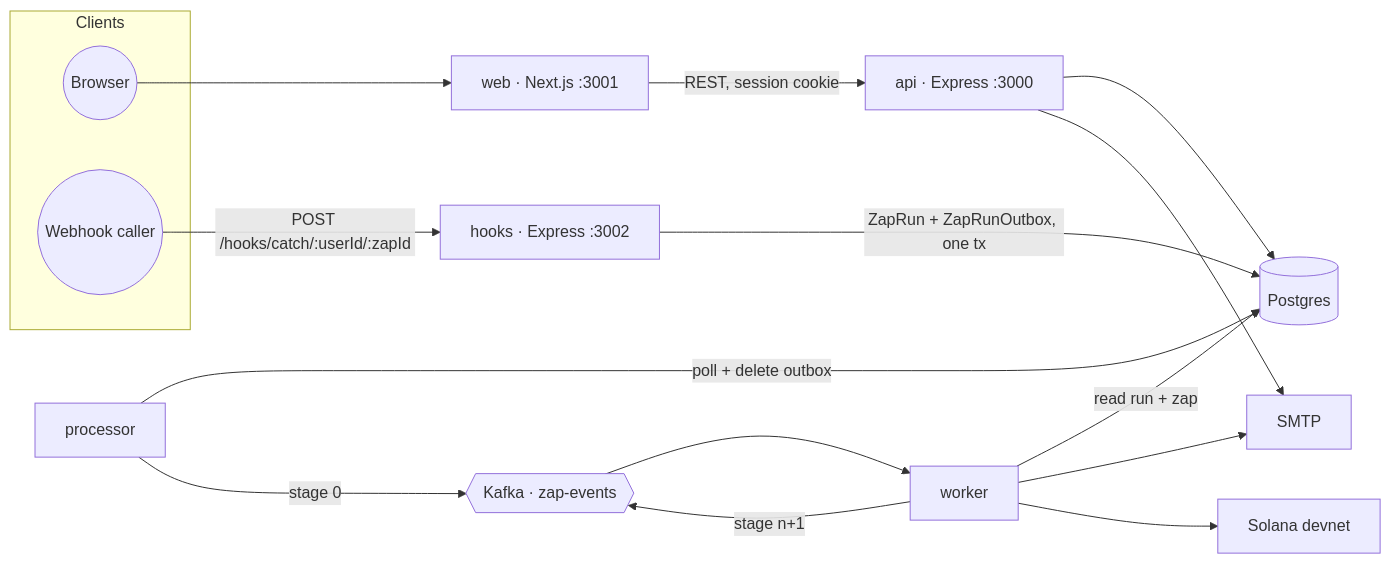
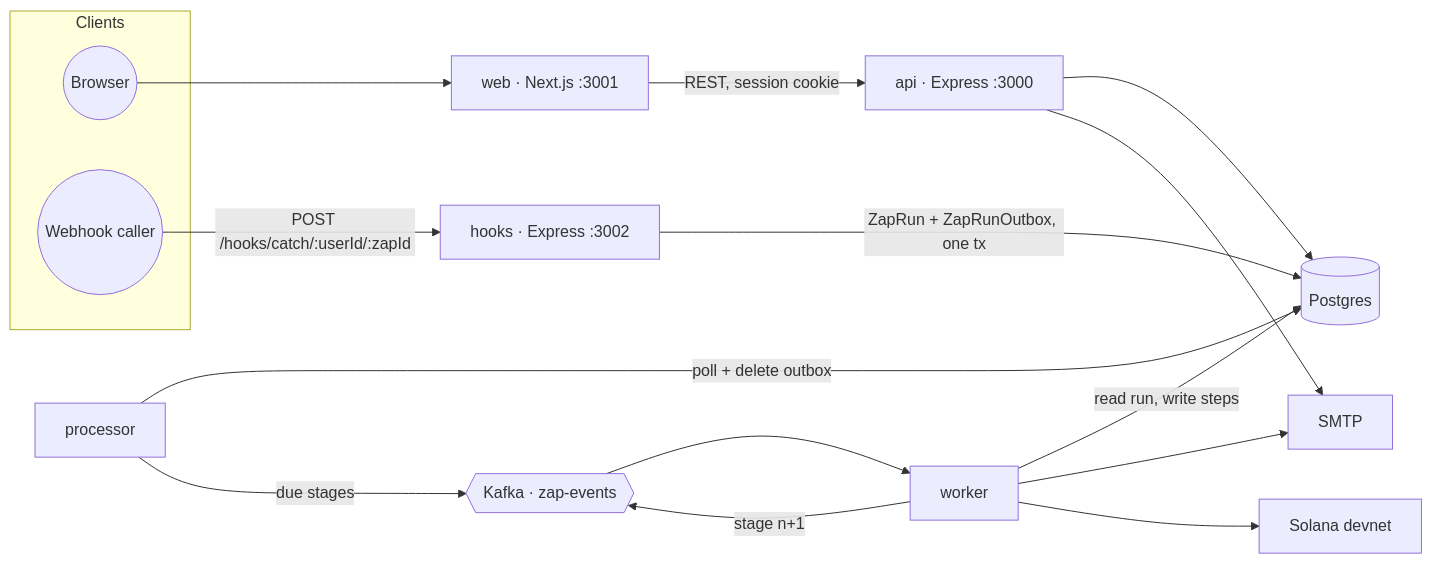
The first of 3 diagrams in ARCHITECTURE.md (bixl007/Integrix), drawn with Mermaid before and after one commit. The commit also changed other lines of this file and 32 other files, not shown here.

````diff
--- a/ARCHITECTURE.md
+++ b/ARCHITECTURE.md
@@ -11,20 +11,20 @@
 ```mermaid
 flowchart LR
   subgraph Clients
     Browser((Browser))
     Caller((Webhook caller))
   end
   Browser --> Web[web · Next.js :3001]
   Web -->|REST, session cookie| API[api · Express :3000]
   Caller -->|POST /hooks/catch/:userId/:zapId| Hooks[hooks · Express :3002]
   API --> DB[(Postgres)]
   Hooks -->|ZapRun + ZapRunOutbox, one tx| DB
   Processor[processor] -->|poll + delete outbox| DB
-  Processor -->|stage 0| Kafka{{Kafka · zap-events}}
+  Processor -->|due stages| Kafka{{Kafka · zap-events}}
   Kafka --> Worker[worker]
   Worker -->|stage n+1| Kafka
-  Worker -->|read run + zap| DB
+  Worker -->|read run, write steps| DB
   Worker --> SMTP[SMTP]
   Worker --> Solana[Solana devnet]
   API --> SMTP
 ```
````
